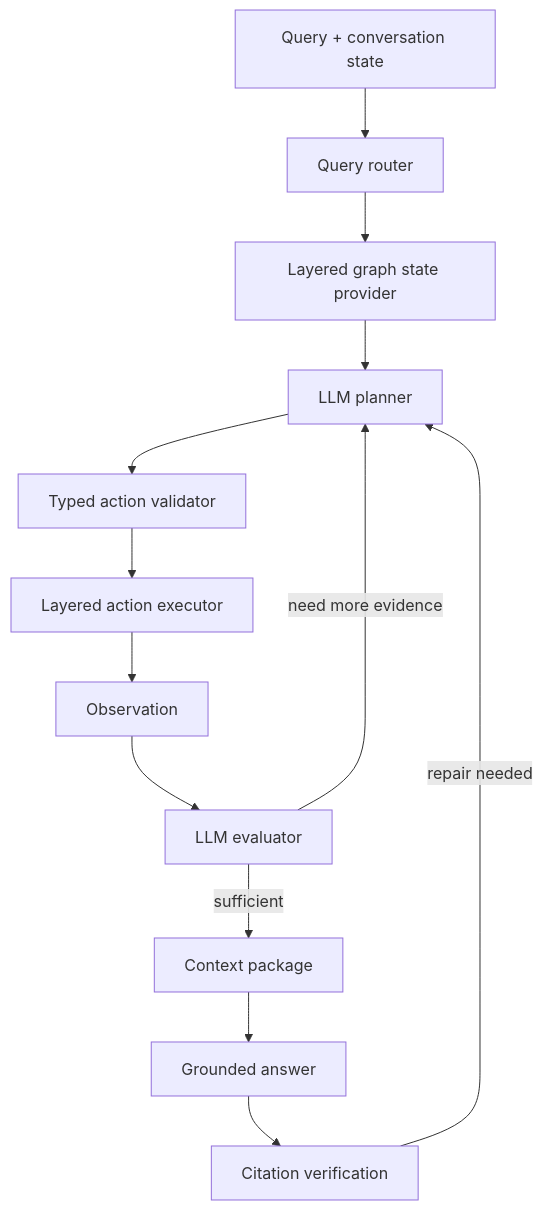
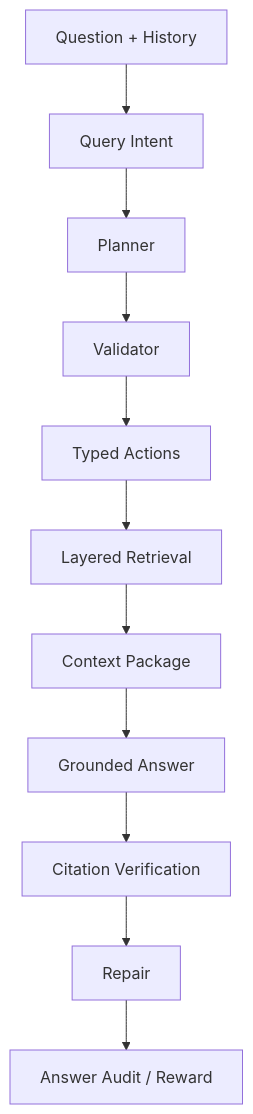
Before and after one commit to Sggggt/SymboGraph: the ninth of 9 diagrams in docs/technical-spec.md, drawn with Mermaid. The commit also changed other lines of this file, not shown here.

````diff
--- a/docs/technical-spec.md
+++ b/docs/technical-spec.md
@@ -779,15 +1460,13 @@
 ```mermaid
 flowchart TB
-    Q["Query + conversation state"] --> R["Query router"]
-    R --> SP["Layered graph state provider"]
-    SP --> P["LLM planner"]
-    P --> V["Typed action validator"]
-    V --> E["Layered action executor"]
-    E --> O["Observation"]
-    O --> EV["LLM evaluator"]
-    EV -->|need more evidence| P
-    EV -->|sufficient| CP["Context package"]
-    CP --> A["Grounded answer"]
-    A --> CV["Citation verification"]
-    CV -->|repair needed| P
+    Q["Question + History"] --> I["Query Intent"]
+    I --> P["Planner"]
+    P --> V["Validator"]
+    V --> ACT["Typed Actions"]
+    ACT --> R["Layered Retrieval"]
+    R --> CP["Context Package"]
+    CP --> ANS["Grounded Answer"]
+    ANS --> CV["Citation Verification"]
+    CV --> REP["Repair"]
+    REP --> AUD["Answer Audit / Reward"]
 ```
````
